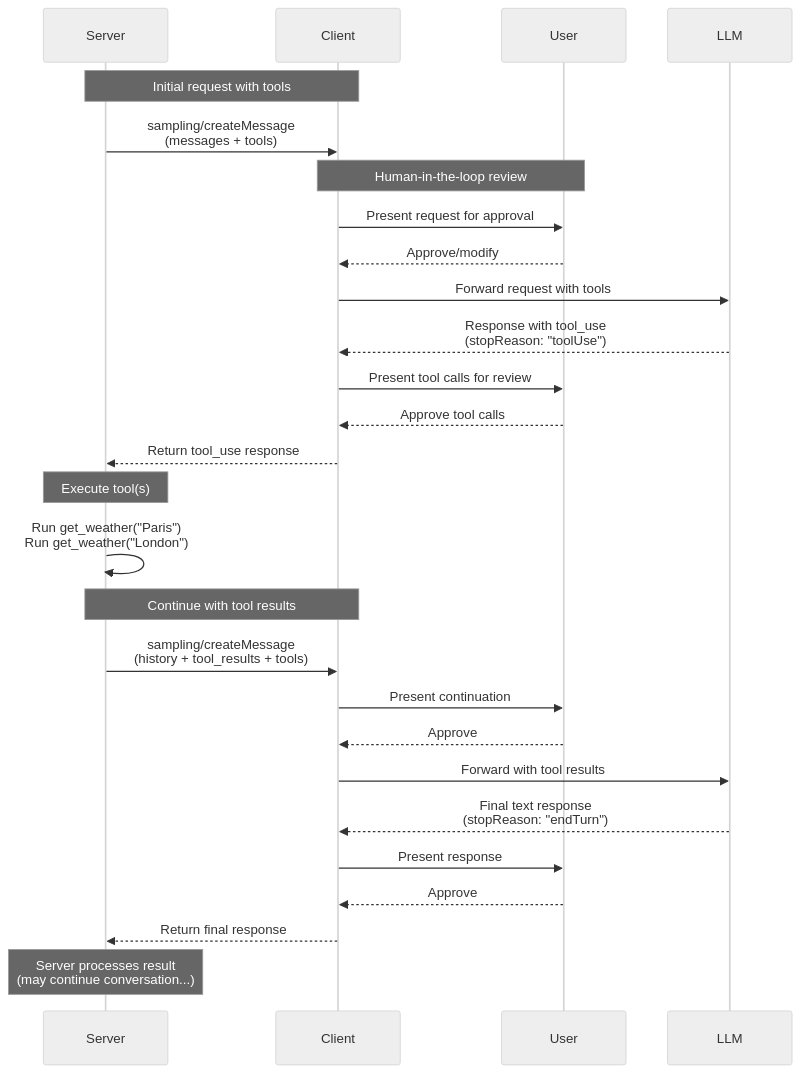
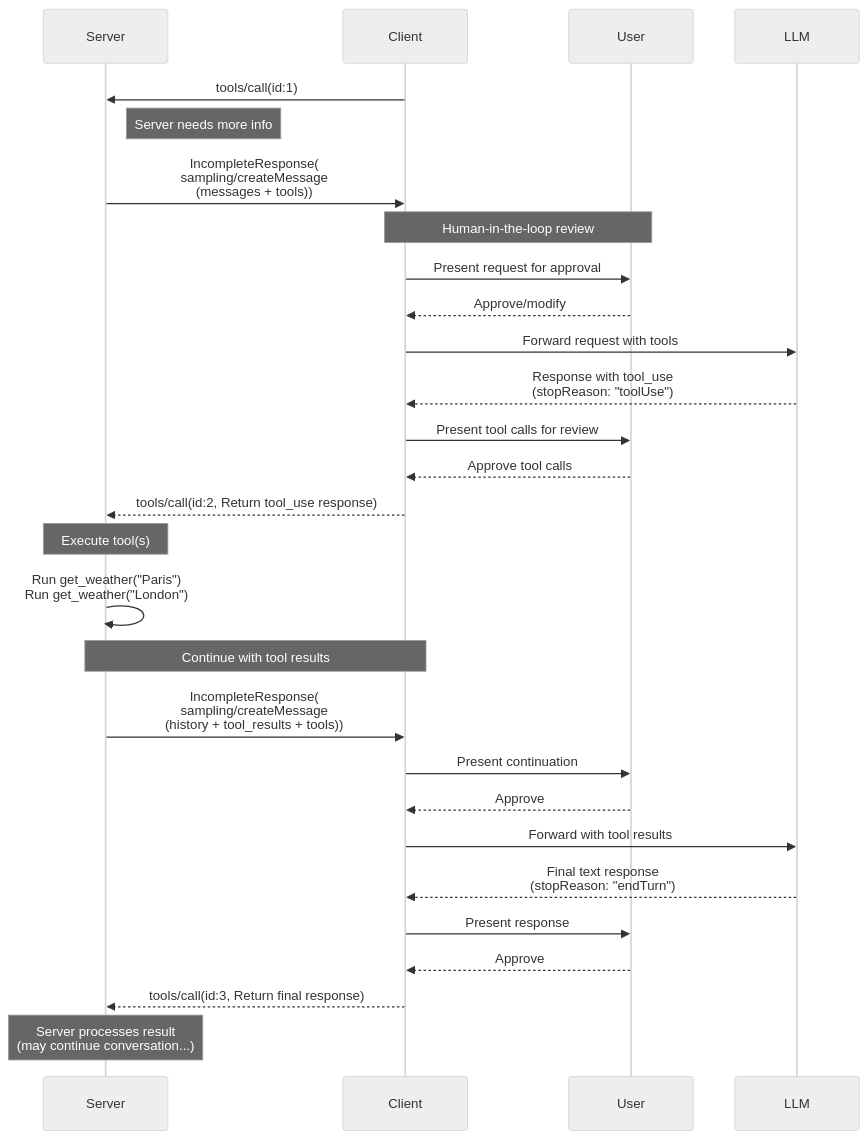
One commit to NickCollect/ai-coding-runbook changed the first of 2 diagrams in 01_Raw/github/modelcontextprotocol/modelcontextprotocol/docs/specification/draft/client/sampling.mdx. Above: the diagram before and after it, drawn with Mermaid (neutral theme). The commit also changed other lines of this file and 50 other files, not shown here.

````diff
--- a/01_Raw/github/modelcontextprotocol/modelcontextprotocol/docs/specification/draft/client/sampling.mdx
+++ b/01_Raw/github/modelcontextprotocol/modelcontextprotocol/docs/specification/draft/client/sampling.mdx
@@ -166,39 +162,40 @@
 ```mermaid
 sequenceDiagram
     participant Server
     participant Client
     participant User
     participant LLM
 
-    Note over Server,Client: Initial request with tools
-    Server->>Client: sampling/createMessage<br/>(messages + tools)
+    Client->>Server: tools/call(id:1)
+    note right of Server: Server needs more info
+    Server->>Client: IncompleteResponse(<br/>sampling/createMessage<br/>(messages + tools))
 
     Note over Client,User: Human-in-the-loop review
     Client->>User: Present request for approval
     User-->>Client: Approve/modify
 
     Client->>LLM: Forward request with tools
     LLM-->>Client: Response with tool_use<br/>(stopReason: "toolUse")
 
     Client->>User: Present tool calls for review
     User-->>Client: Approve tool calls
-    Client-->>Server: Return tool_use response
+    Client-->>Server: tools/call(id:2, Return tool_use response)
 
     Note over Server: Execute tool(s)
     Server->>Server: Run get_weather("Paris")<br/>Run get_weather("London")
 
     Note over Server,Client: Continue with tool results
-    Server->>Client: sampling/createMessage<br/>(history + tool_results + tools)
+    Server->>Client: IncompleteResponse(<br/>sampling/createMessage<br/>(history + tool_results + tools))
 
     Client->>User: Present continuation
     User-->>Client: Approve
 
     Client->>LLM: Forward with tool results
     LLM-->>Client: Final text response<br/>(stopReason: "endTurn")
 
     Client->>User: Present response
     User-->>Client: Approve
-    Client-->>Server: Return final response
+    Client-->>Server: tools/call(id:3, Return final response)
 
     Note over Server: Server processes result<br/>(may continue conversation...)
 ```
````
